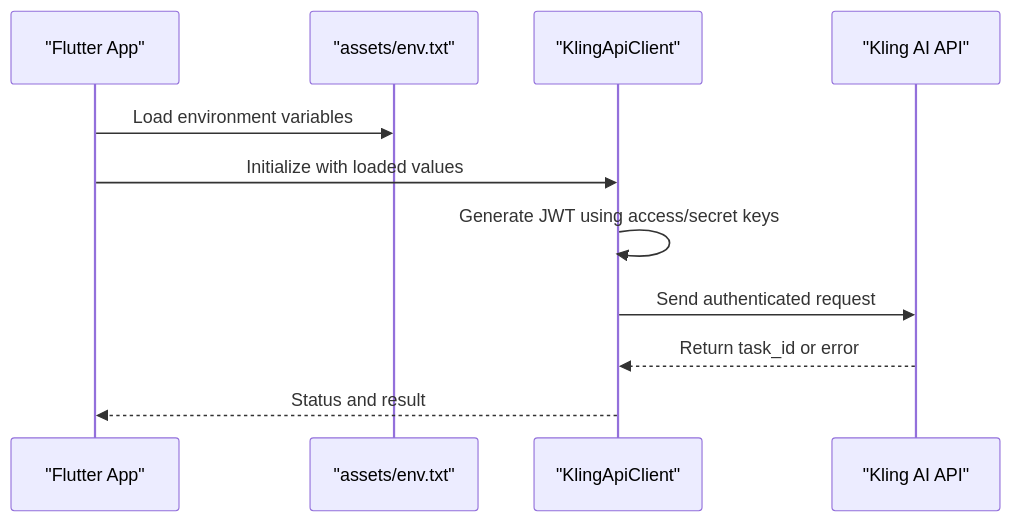
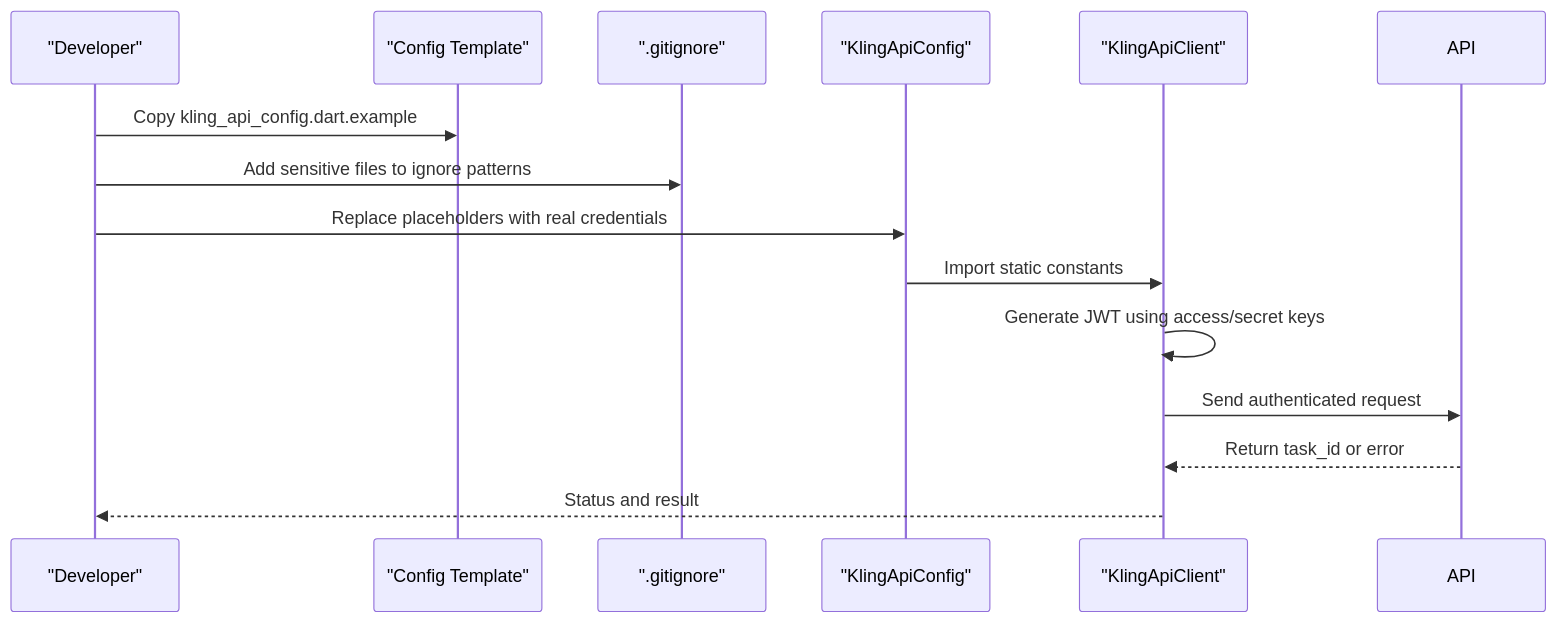
Before and after one commit to cripnail/kling_app: the second of 5 diagrams in .qoder/repowiki/en/content/Configuration Management.md, drawn with Mermaid. The commit also changed other lines of this file and 15 other files, not shown here.

````diff
--- a/.qoder/repowiki/en/content/Configuration Management.md
+++ b/.qoder/repowiki/en/content/Configuration Management.md
@@ -79,13 +99,16 @@
 ```mermaid
 sequenceDiagram
-participant App as "Flutter App"
-participant EnvAsset as "assets/env.txt"
+participant Dev as "Developer"
+participant Template as "Config Template"
+participant Git as ".gitignore"
+participant Config as "KlingApiConfig"
 participant Client as "KlingApiClient"
-participant API as "Kling AI API"
-App->>EnvAsset : Load environment variables
-App->>Client : Initialize with loaded values
+Dev->>Template : Copy kling_api_config.dart.example
+Dev->>Git : Add sensitive files to ignore patterns
+Dev->>Config : Replace placeholders with real credentials
+Config->>Client : Import static constants
 Client->>Client : Generate JWT using access/secret keys
 Client->>API : Send authenticated request
 API-->>Client : Return task_id or error
-Client-->>App : Status and result
+Client-->>Dev : Status and result
 ```
````
